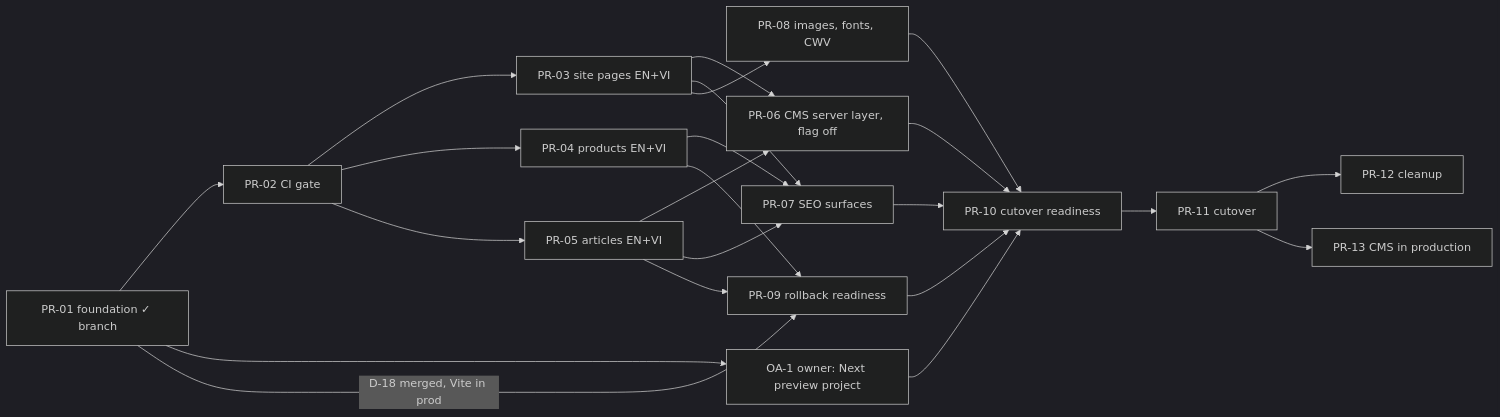
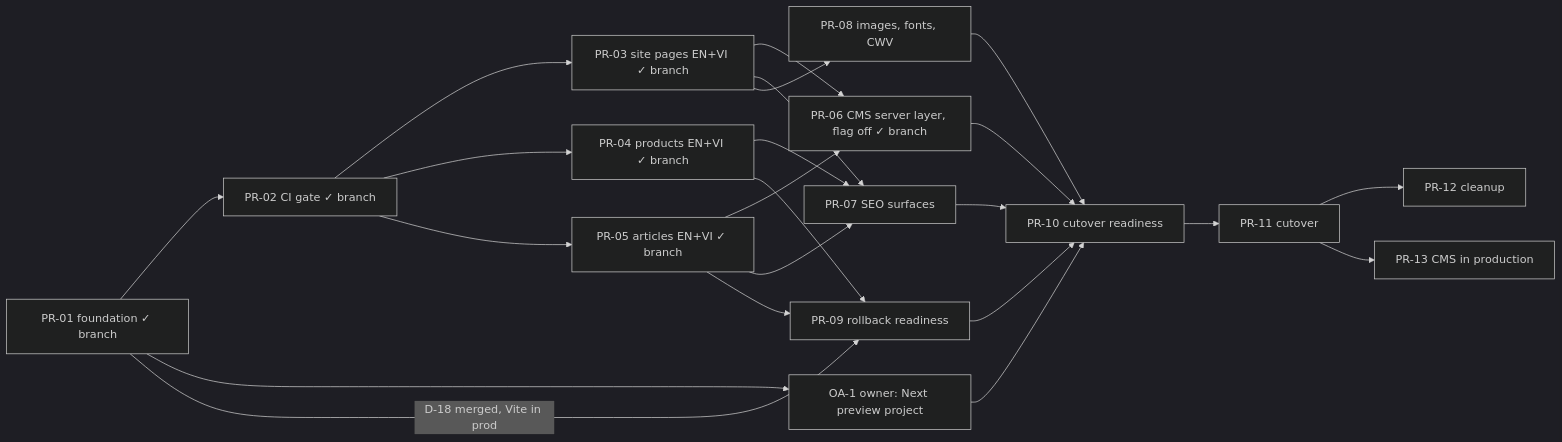
The diagram in docs/architecture/MIGRATION_ROADMAP.md (HoangLonglogisticsproject/HMV_landingpage), drawn with Mermaid (dark theme) before and after one commit. The commit also changed other lines of this file and 6 other files, not shown here.

First line of the commit message:
docs(architecture): revision 4, CMS layer, takedown, single source for numbers

````diff
--- a/docs/architecture/MIGRATION_ROADMAP.md
+++ b/docs/architecture/MIGRATION_ROADMAP.md
@@ -62,25 +65,25 @@
 ```mermaid
 graph LR
-  PR01[PR-01 foundation ✓ branch] --> PR02[PR-02 CI gate]
+  PR01[PR-01 foundation ✓ branch] --> PR02[PR-02 CI gate ✓ branch]
   PR01 --> OA1[OA-1 owner: Next preview project]
-  PR02 --> PR03[PR-03 site pages EN+VI]
-  PR02 --> PR04[PR-04 products EN+VI]
-  PR02 --> PR05[PR-05 articles EN+VI]
-  PR03 --> PR06[PR-06 CMS server layer, flag off]
+  PR02 --> PR03[PR-03 site pages EN+VI ✓ branch]
+  PR02 --> PR04[PR-04 products EN+VI ✓ branch]
+  PR02 --> PR05[PR-05 articles EN+VI ✓ branch]
+  PR03 --> PR06[PR-06 CMS server layer, flag off ✓ branch]
   PR05 --> PR06
   PR03 --> PR07[PR-07 SEO surfaces]
   PR04 --> PR07
   PR05 --> PR07
   PR03 --> PR08[PR-08 images, fonts, CWV]
   PR01 -->|D-18 merged, Vite in prod| PR09[PR-09 rollback readiness]
   PR04 --> PR09
   PR05 --> PR09
   PR06 --> PR10[PR-10 cutover readiness]
   PR07 --> PR10
   PR08 --> PR10
   PR09 --> PR10
   OA1 --> PR10
   PR10 --> PR11[PR-11 cutover]
   PR11 --> PR12[PR-12 cleanup]
   PR11 --> PR13[PR-13 CMS in production]
 ```
````
